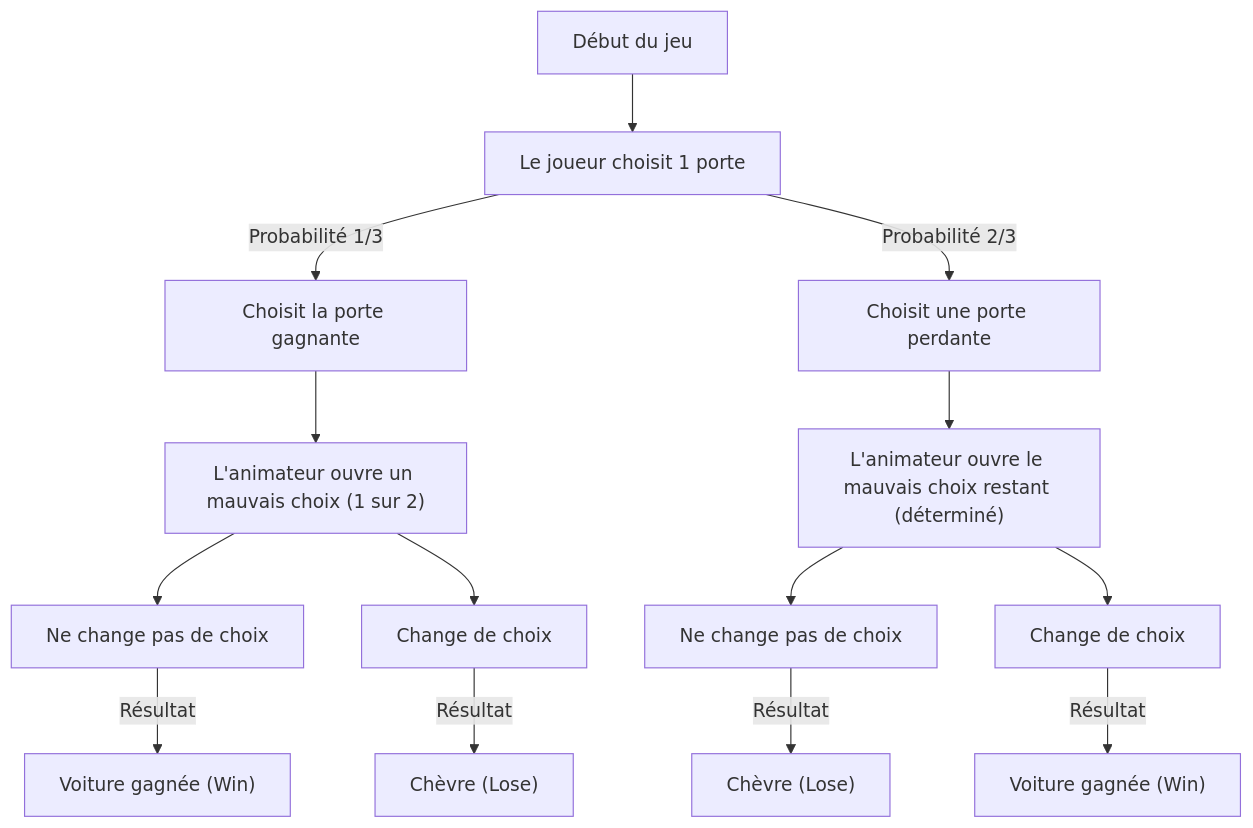
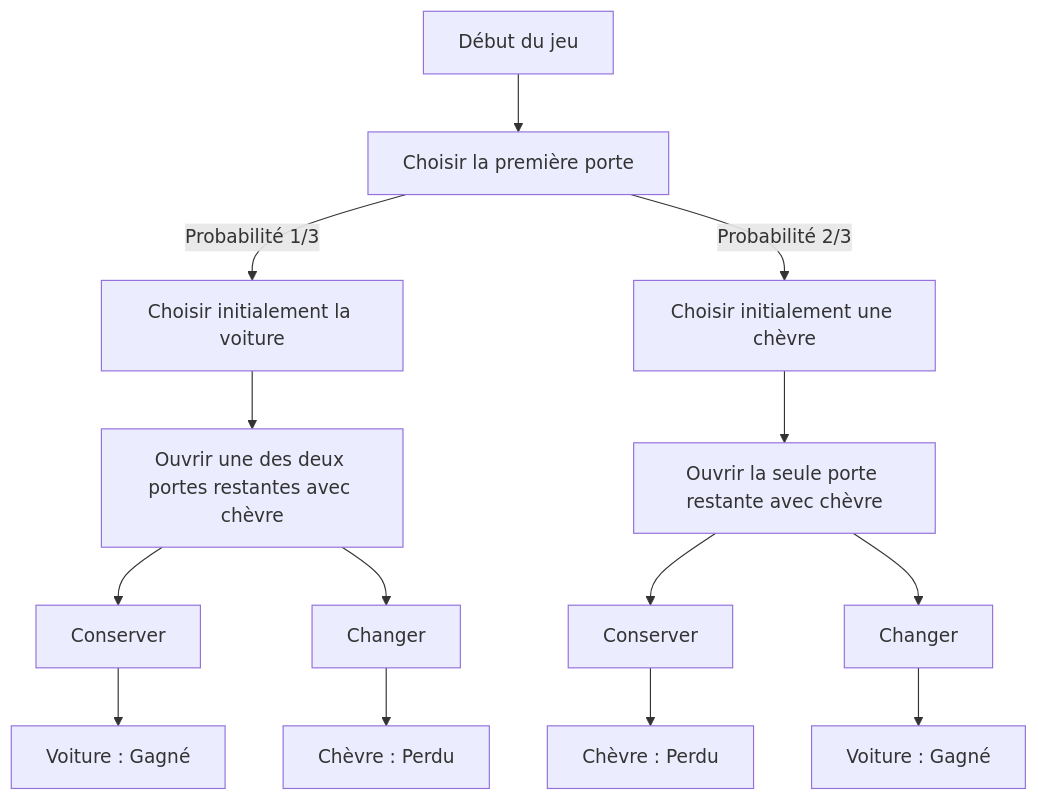
Before and after one commit to kenjinote/blog: the first of 2 diagrams in content/post/paradox-monty-hall-problem/index.fr.md, drawn with Mermaid. The commit also changed other lines of this file and 8 other files, not shown here.

````diff
--- a/content/post/paradox-monty-hall-problem/index.fr.md
+++ b/content/post/paradox-monty-hall-problem/index.fr.md
@@ -97,21 +53,16 @@
 ```mermaid
 flowchart TD
-    Start["Début du jeu"] --> Choose["Le joueur choisit 1 porte"]
-    Choose -- "Probabilité 1/3" --> ChooseCar["Choisit la porte gagnante"]
-    Choose -- "Probabilité 2/3" --> ChooseGoat["Choisit une porte perdante"]
-    
-    ChooseCar --> MontyOpensGoat1["L'animateur ouvre un mauvais choix (1 sur 2)"]
-    ChooseGoat --> MontyOpensGoat2["L'animateur ouvre le mauvais choix restant (déterminé)"]
-    
-    MontyOpensGoat1 --> Stay1["Ne change pas de choix"]
-    MontyOpensGoat1 --> Switch1["Change de choix"]
-    
-    MontyOpensGoat2 --> Stay2["Ne change pas de choix"]
-    MontyOpensGoat2 --> Switch2["Change de choix"]
-    
-    Stay1 -- "Résultat" --> Win1["Voiture gagnée (Win)"]
-    Switch1 -- "Résultat" --> Lose1["Chèvre (Lose)"]
-    
-    Stay2 -- "Résultat" --> Lose2["Chèvre (Lose)"]
-    Switch2 -- "Résultat" --> Win2["Voiture gagnée (Win)"]
+    Start["Début du jeu"] --> Choose["Choisir la première porte"]
+    Choose -- "Probabilité 1/3" --> ChooseCar["Choisir initialement la voiture"]
+    Choose -- "Probabilité 2/3" --> ChooseGoat["Choisir initialement une chèvre"]
+    ChooseCar --> MontyOpensGoat1["Ouvrir une des deux portes restantes avec chèvre"]
+    ChooseGoat --> MontyOpensGoat2["Ouvrir la seule porte restante avec chèvre"]
+    MontyOpensGoat1 --> Stay1["Conserver"]
+    MontyOpensGoat1 --> Switch1["Changer"]
+    MontyOpensGoat2 --> Stay2["Conserver"]
+    MontyOpensGoat2 --> Switch2["Changer"]
+    Stay1 --> Win1["Voiture : Gagné"]
+    Switch1 --> Lose1["Chèvre : Perdu"]
+    Stay2 --> Lose2["Chèvre : Perdu"]
+    Switch2 --> Win2["Voiture : Gagné"]
 ```
````
